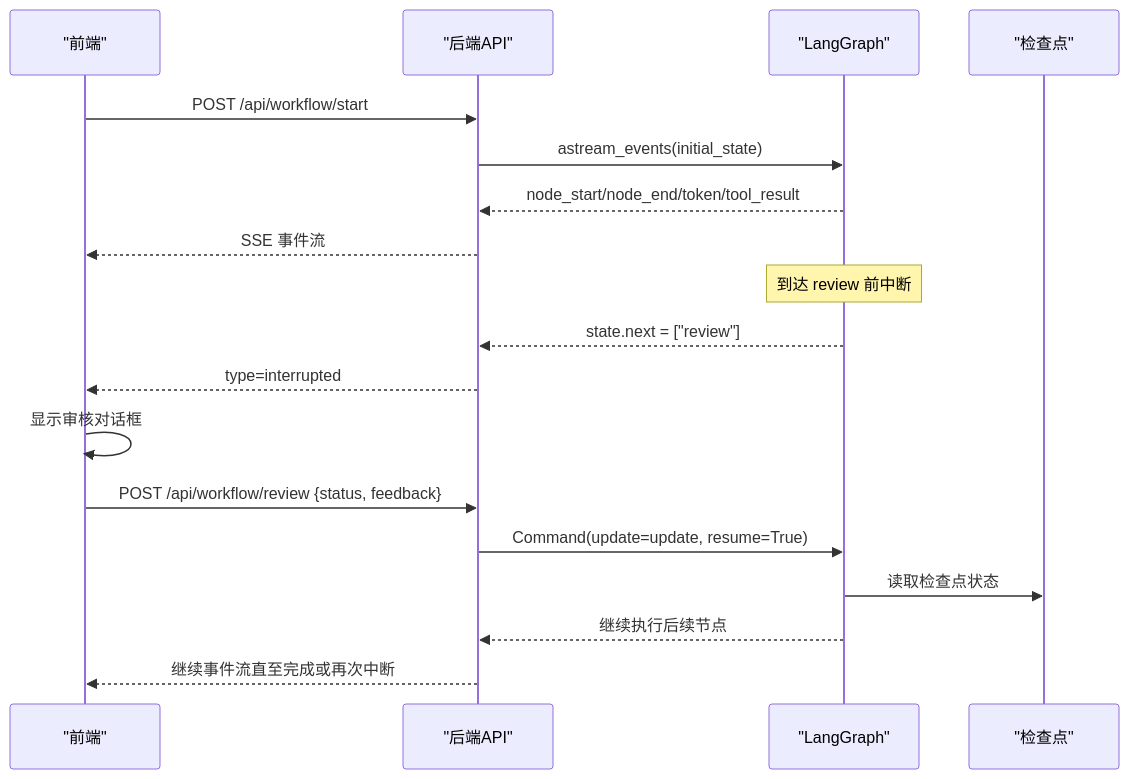
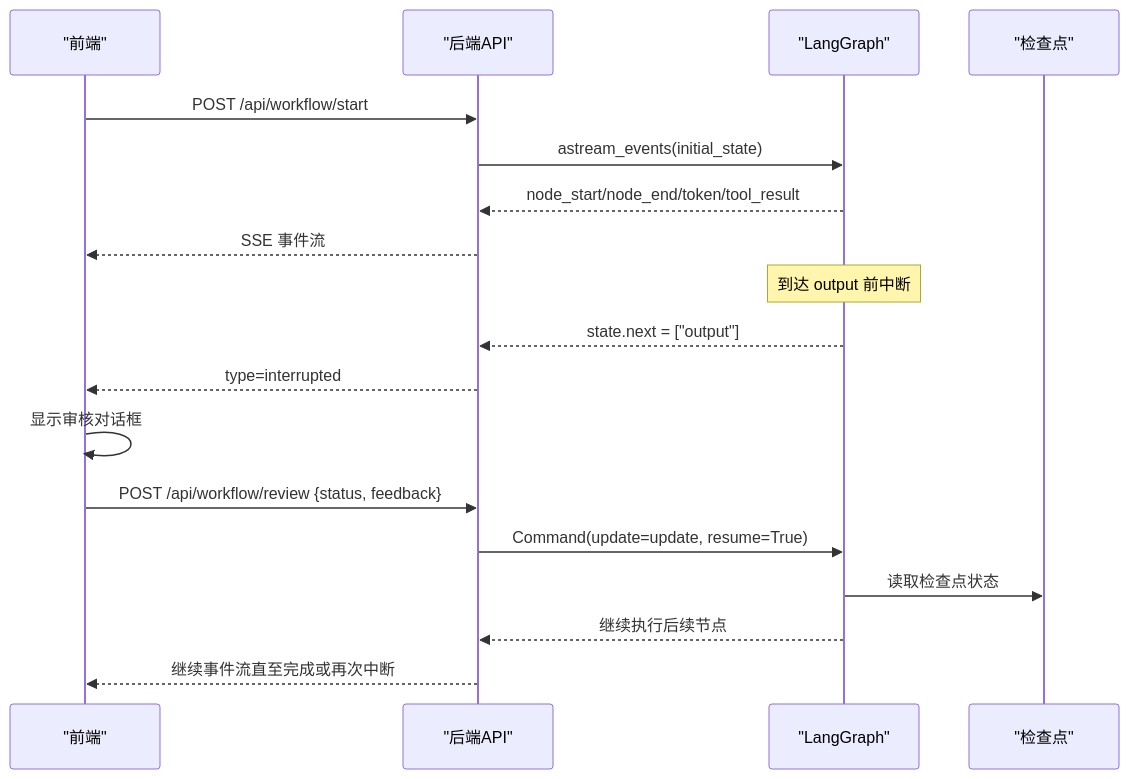
The second of 8 diagrams in .qoder/repowiki/zh/content/系统架构/后端架构/节点系统架构/审核节点 (review_node).md (sundew26/agent-week3), drawn with Mermaid before and after one commit. The commit also changed other lines of this file and 42 other files, not shown here.

````diff
--- a/.qoder/repowiki/zh/content/系统架构/后端架构/节点系统架构/审核节点 (review_node).md
+++ b/.qoder/repowiki/zh/content/系统架构/后端架构/节点系统架构/审核节点 (review_node).md
@@ -107,20 +119,20 @@
 ```mermaid
 sequenceDiagram
 participant FE as "前端"
 participant API as "后端API"
 participant LG as "LangGraph"
 participant CK as "检查点"
 FE->>API : POST /api/workflow/start
 API->>LG : astream_events(initial_state)
 LG-->>API : node_start/node_end/token/tool_result
 API-->>FE : SSE 事件流
-Note over LG : 到达 review 前中断
-LG-->>API : state.next = ["review"]
+Note over LG : 到达 output 前中断
+LG-->>API : state.next = ["output"]
 API-->>FE : type=interrupted
 FE->>FE : 显示审核对话框
 FE->>API : POST /api/workflow/review {status, feedback}
 API->>LG : Command(update=update, resume=True)
 LG->>CK : 读取检查点状态
 LG-->>API : 继续执行后续节点
 API-->>FE : 继续事件流直至完成或再次中断
 ```
````
